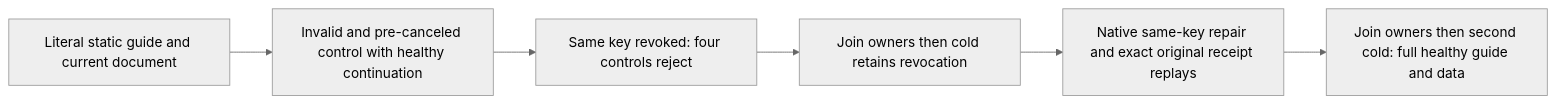
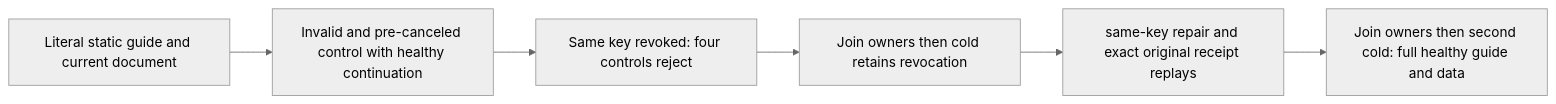
The diagram in docs/Features/ClientApi/GuideLifecyclePublic.md (managedcode/KeyLoad), drawn with Mermaid (neutral theme) before and after one commit. The commit also changed other lines of this file and 9016 other files, not shown here.

````diff
--- a/docs/Features/ClientApi/GuideLifecyclePublic.md
+++ b/docs/Features/ClientApi/GuideLifecyclePublic.md
@@ -15,8 +15,8 @@
 ```mermaid
 flowchart LR
  A[Literal static guide and current document] --> B[Invalid and pre-canceled control with healthy continuation]
  B --> C[Same key revoked: four controls reject]
  C --> D[Join owners then cold retains revocation]
- D --> E[Native same-key repair and exact original receipt replays]
+ D --> E[same-key repair and exact original receipt replays]
  E --> F[Join owners then second cold: full healthy guide and data]
 ```
````
